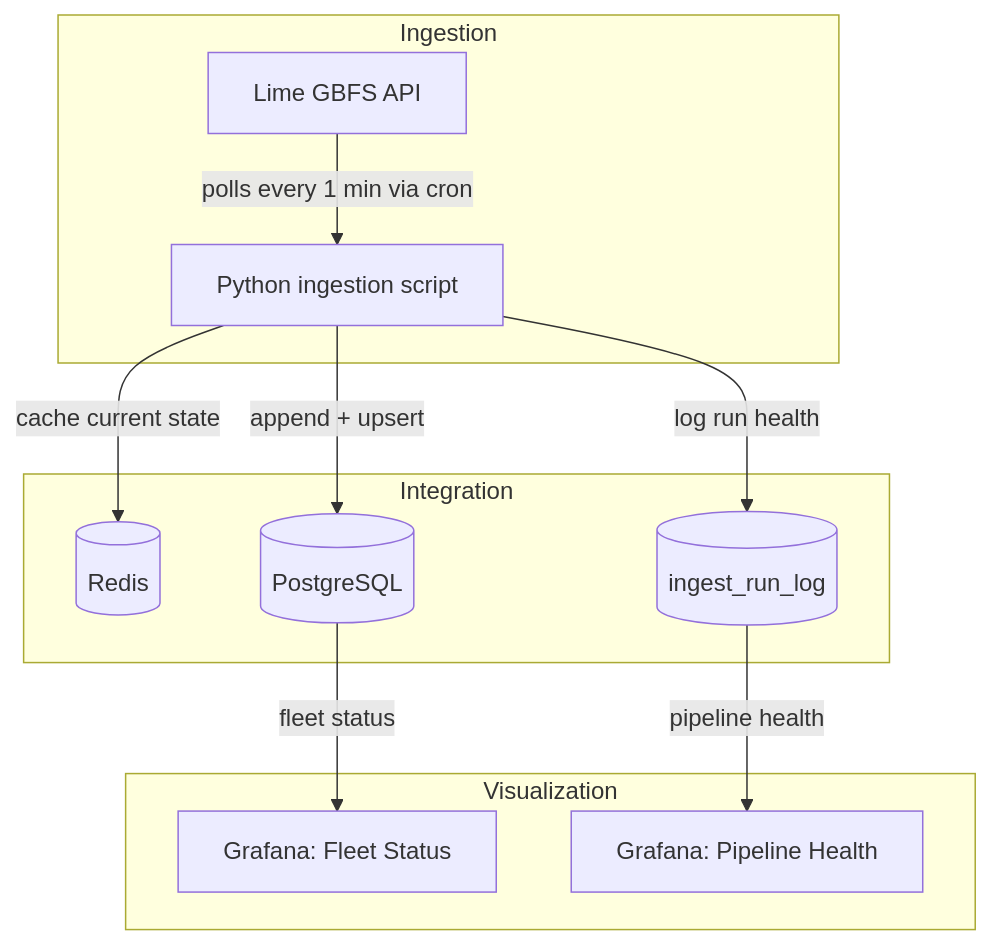
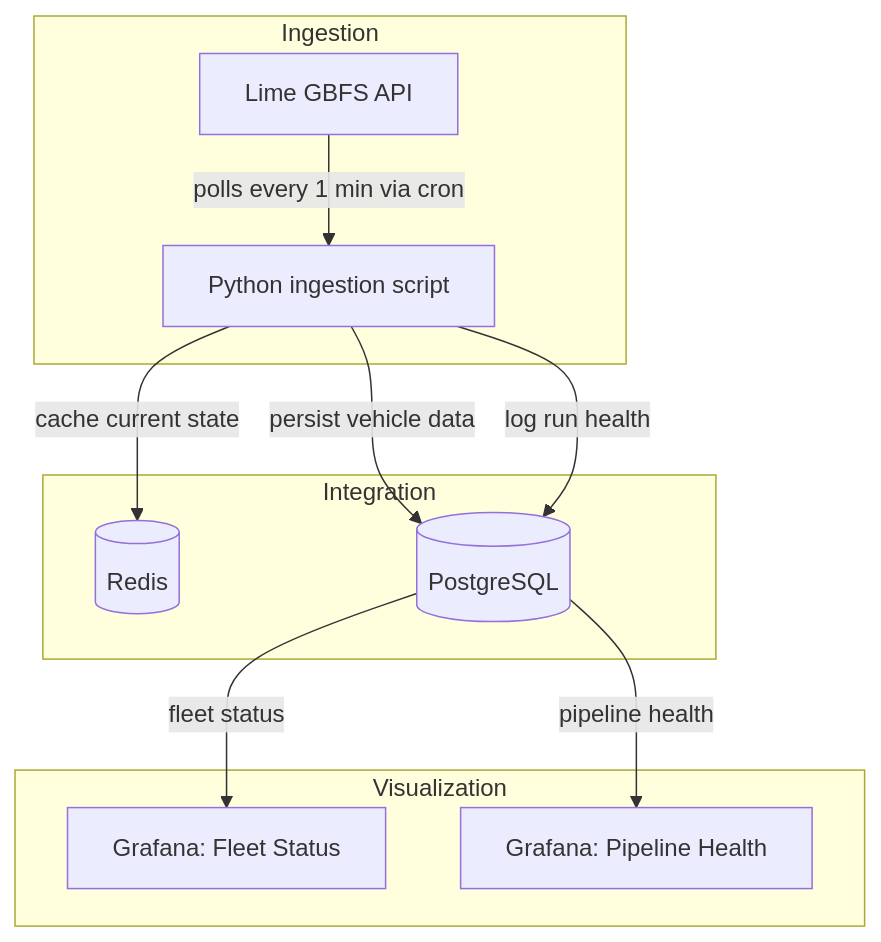
Before and after one commit to Rick-Houser/gbfs-fleet-telemetry: the diagram in README.md, drawn with Mermaid.

Commit message:
docs(readme): simplify architecture diagram

````diff
--- a/README.md
+++ b/README.md
@@ -34,17 +34,17 @@
 ```mermaid
 flowchart TD
     subgraph Ingestion["Ingestion"]
         A[Lime GBFS API] -->|polls every 1 min via cron| B[Python ingestion script]
     end
 
     subgraph Integration["Integration"]
         B -->|cache current state| C[(Redis)]
-        B -->|append + upsert| F[(PostgreSQL)]
-        B -->|log run health| I[(ingest_run_log)]
+        B -->|persist vehicle data| F[(PostgreSQL)]
+        B -->|log run health| F
     end
 
     subgraph Visualization["Visualization"]
         F -->|fleet status| J[Grafana: Fleet Status]
-        I -->|pipeline health| K[Grafana: Pipeline Health]
+        F -->|pipeline health| K[Grafana: Pipeline Health]
     end
 ```
````
